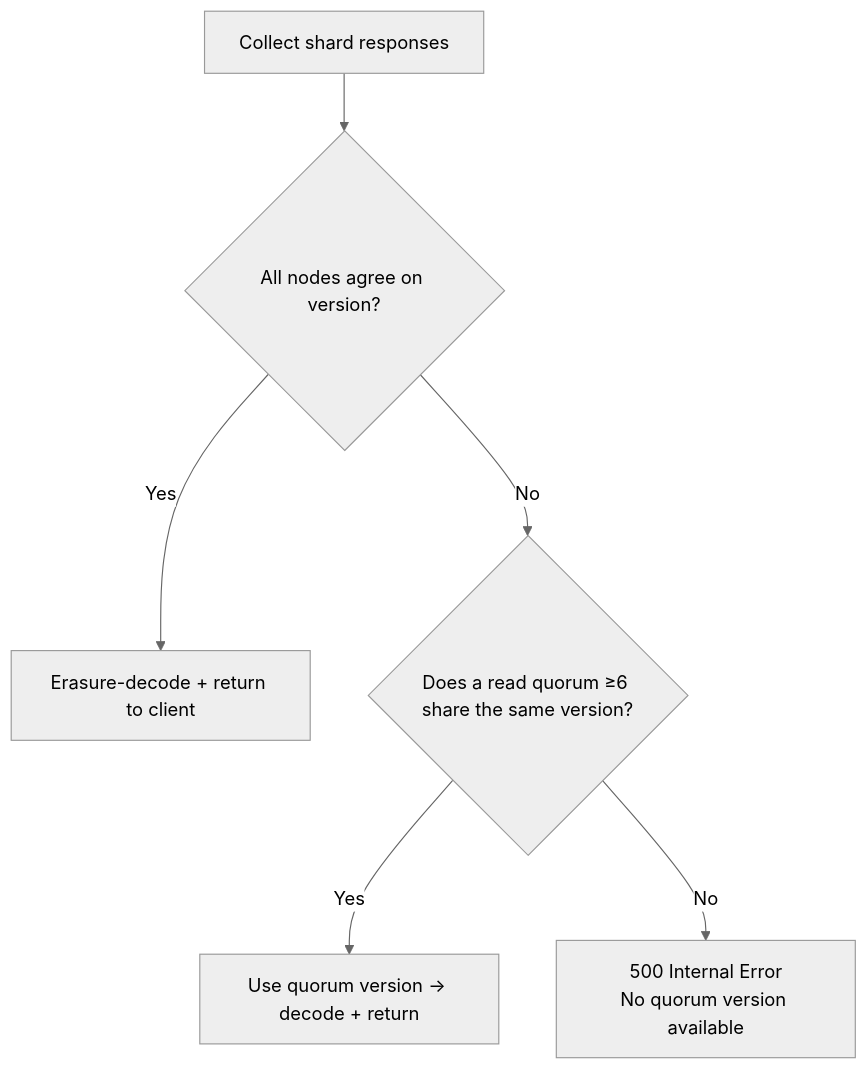
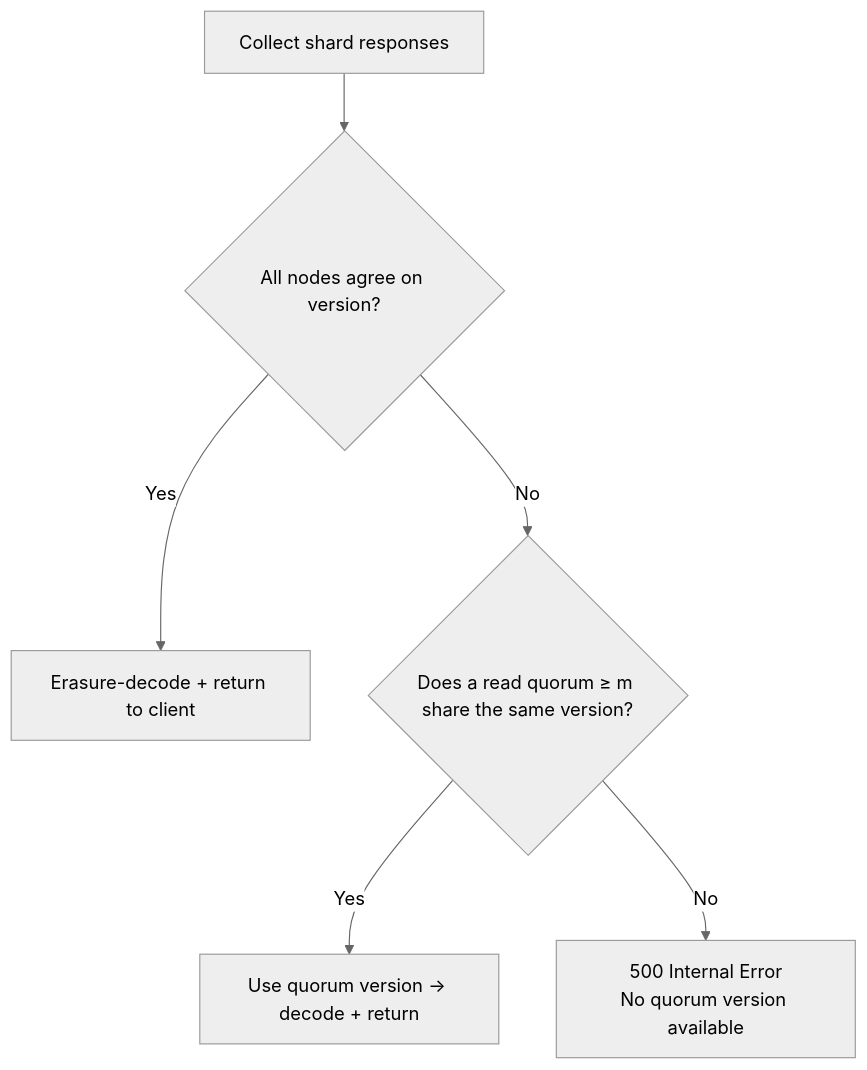
Before and after one commit to S26-Distributed-Capstone/Koop: the fourth of 16 diagrams in docs/workflow.md, drawn with Mermaid (neutral theme). The commit also changed other lines of this file and 12 other files, not shown here.

First line of the commit message:
Enhance architecture documentation and multipart upload logic

````diff
--- a/docs/workflow.md
+++ b/docs/workflow.md
@@ -121,8 +131,8 @@
 ```mermaid
 flowchart TD
     A[Collect shard responses] --> B{All nodes agree on version?}
     B -- Yes --> C[Erasure-decode + return to client]
-    B -- No --> D{Does a read quorum ≥6 share the same version?}
+    B -- No --> D{Does a read quorum ≥ m share the same version?}
     D -- Yes --> E[Use quorum version → decode + return]
     D -- No --> F[500 Internal Error\nNo quorum version available]
 ```
````
